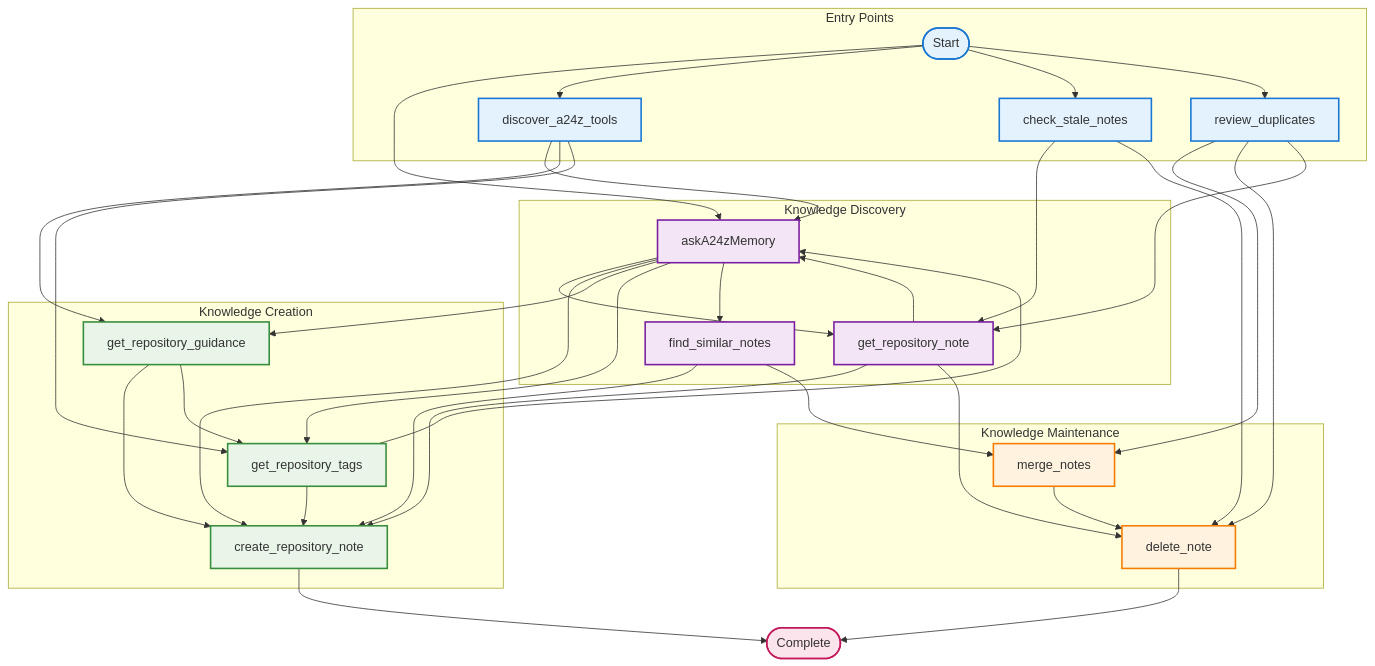
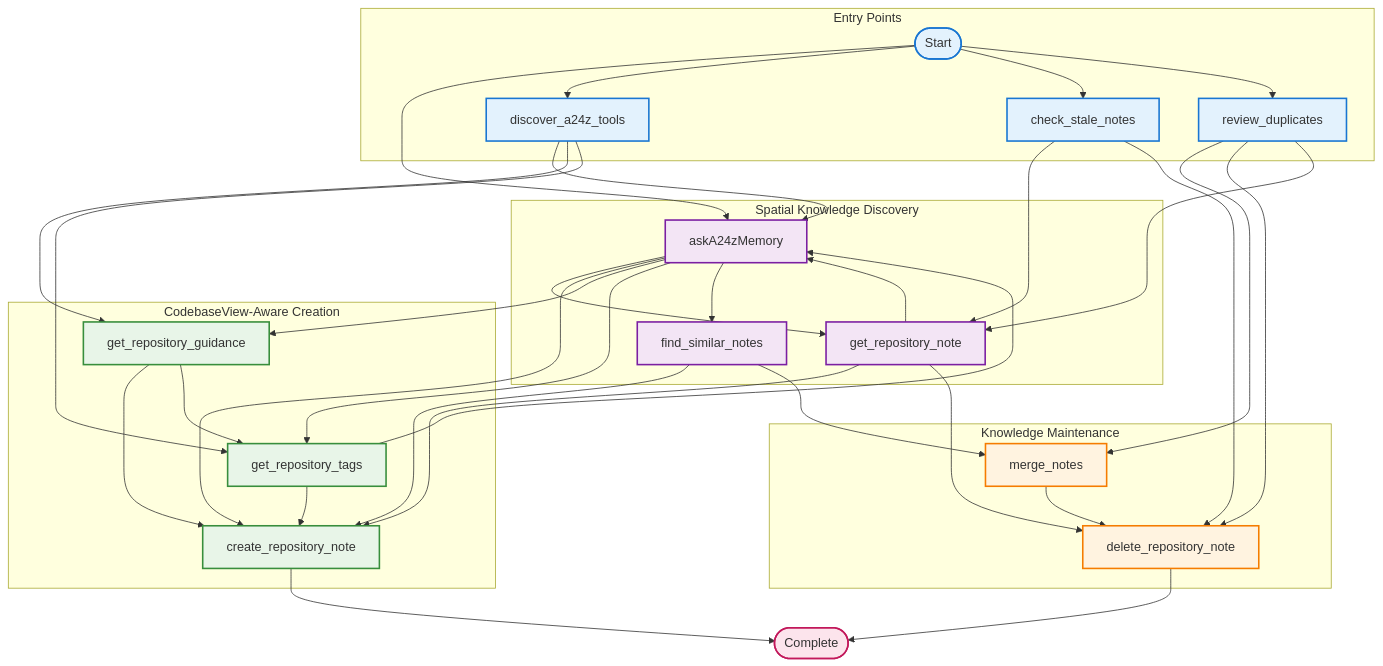
One commit to a24z-ai/a24z-memory changed the first of 3 diagrams in docs/tool-workflows/tool-ecosystem-overview.md. Above: the diagram before and after it, drawn with Mermaid. The commit also changed other lines of this file and 71 other files, not shown here.

````diff
--- a/docs/tool-workflows/tool-ecosystem-overview.md
+++ b/docs/tool-workflows/tool-ecosystem-overview.md
@@ -5,78 +5,78 @@
 ```mermaid
 graph TB
     subgraph "Entry Points"
         START([Start])
         DISCOVER[discover_a24z_tools]
         STALE[check_stale_notes]
         DUPLICATES[review_duplicates]
     end
 
-    subgraph "Knowledge Discovery"
+    subgraph "Spatial Knowledge Discovery"
         ASK[askA24zMemory]
         GET_NOTE[get_repository_note]
         SIMILAR[find_similar_notes]
     end
 
-    subgraph "Knowledge Creation"
+    subgraph "CodebaseView-Aware Creation"
         GUIDANCE[get_repository_guidance]
         TAGS[get_repository_tags]
         CREATE[create_repository_note]
     end
 
     subgraph "Knowledge Maintenance"
         MERGE[merge_notes]
-        DELETE[delete_note]
+        DELETE[delete_repository_note]
     end
 
     START --> ASK
     START --> DISCOVER
     START --> STALE
     START --> DUPLICATES
 
     DISCOVER --> ASK
     DISCOVER --> GUIDANCE
     DISCOVER --> TAGS
 
     ASK --> GET_NOTE
     ASK --> CREATE
     ASK --> GUIDANCE
     ASK --> TAGS
     ASK --> SIMILAR
 
     GET_NOTE --> CREATE
     GET_NOTE --> ASK
     GET_NOTE --> DELETE
 
     SIMILAR --> CREATE
     SIMILAR --> MERGE
 
     GUIDANCE --> CREATE
     GUIDANCE --> TAGS
 
     TAGS --> CREATE
     TAGS --> ASK
 
     STALE --> GET_NOTE
     STALE --> DELETE
 
     DUPLICATES --> MERGE
     DUPLICATES --> DELETE
     DUPLICATES --> GET_NOTE
 
     MERGE --> DELETE
 
     CREATE --> END([Complete])
     DELETE --> END
 
     classDef entry fill:#e3f2fd,stroke:#1976d2,stroke-width:2px
     classDef discovery fill:#f3e5f5,stroke:#7b1fa2,stroke-width:2px
     classDef creation fill:#e8f5e8,stroke:#388e3c,stroke-width:2px
     classDef maintenance fill:#fff3e0,stroke:#f57c00,stroke-width:2px
     classDef terminal fill:#fce4ec,stroke:#c2185b,stroke-width:2px
 
     class START,DISCOVER,STALE,DUPLICATES entry
     class ASK,GET_NOTE,SIMILAR discovery
     class GUIDANCE,TAGS,CREATE creation
     class MERGE,DELETE maintenance
     class END terminal
 ```
````
